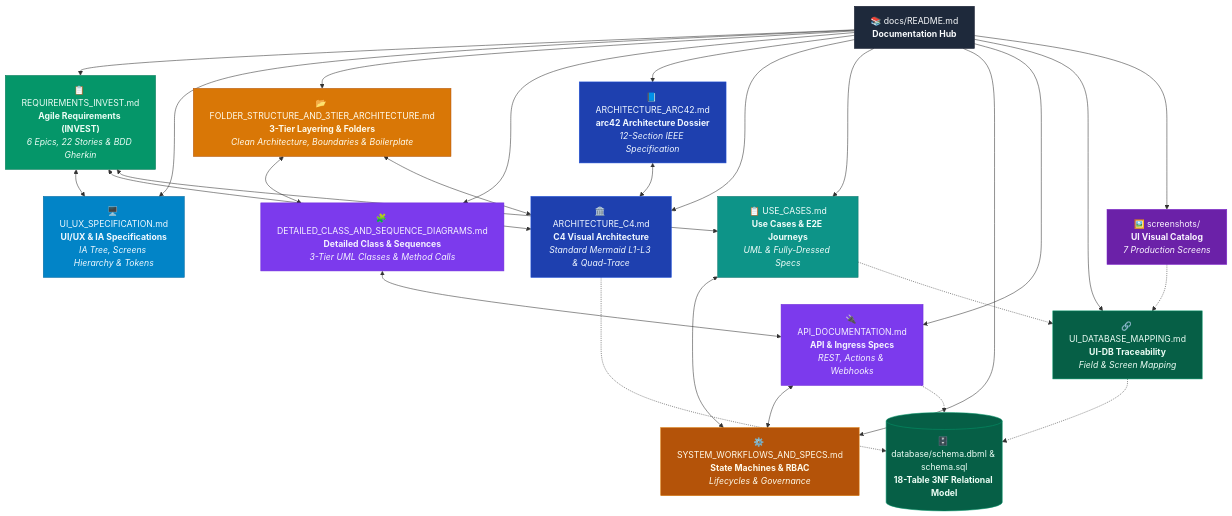
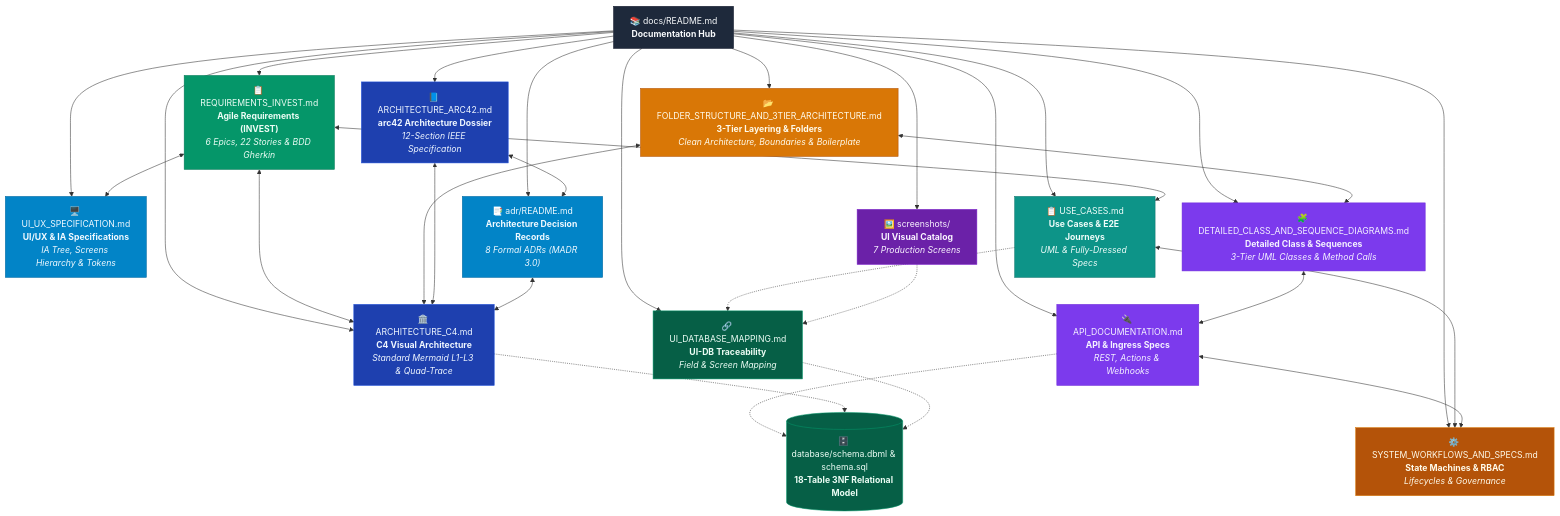
The diagram in docs/README.md (QuanAnh280605/NguyenAnhQuan-Household-Management), drawn with Mermaid before and after one commit. The commit also changed other lines of this file and 11 other files, not shown here.

Commit message:
docs: add project documentation, arc42 architecture guide, and architectural decision records (ADRs)

````diff
--- a/docs/README.md
+++ b/docs/README.md
@@ -5,58 +5,63 @@
 ```mermaid
 flowchart TD
     Hub["📚 docs/README.md<br/><b>Documentation Hub</b>"]
     
     Invest["📋 REQUIREMENTS_INVEST.md<br/><b>Agile Requirements (INVEST)</b><br/><i>6 Epics, 22 Stories & BDD Gherkin</i>"]
     UIUX["🖥️ UI_UX_SPECIFICATION.md<br/><b>UI/UX & IA Specifications</b><br/><i>IA Tree, Screens Hierarchy & Tokens</i>"]
     Folder["📂 FOLDER_STRUCTURE_AND_3TIER_ARCHITECTURE.md<br/><b>3-Tier Layering & Folders</b><br/><i>Clean Architecture, Boundaries & Boilerplate</i>"]
     UML["🧩 DETAILED_CLASS_AND_SEQUENCE_DIAGRAMS.md<br/><b>Detailed Class & Sequences</b><br/><i>3-Tier UML Classes & Method Calls</i>"]
     Arc42["📘 ARCHITECTURE_ARC42.md<br/><b>arc42 Architecture Dossier</b><br/><i>12-Section IEEE Specification</i>"]
     C4["🏛️ ARCHITECTURE_C4.md<br/><b>C4 Visual Architecture</b><br/><i>Standard Mermaid L1-L3 & Quad-Trace</i>"]
+    ADR["📑 adr/README.md<br/><b>Architecture Decision Records</b><br/><i>8 Formal ADRs (MADR 3.0)</i>"]
     UseCases["📋 USE_CASES.md<br/><b>Use Cases & E2E Journeys</b><br/><i>UML & Fully-Dressed Specs</i>"]
     Specs["⚙️ SYSTEM_WORKFLOWS_AND_SPECS.md<br/><b>State Machines & RBAC</b><br/><i>Lifecycles & Governance</i>"]
     Api["🔌 API_DOCUMENTATION.md<br/><b>API & Ingress Specs</b><br/><i>REST, Actions & Webhooks</i>"]
     Trace["🔗 UI_DATABASE_MAPPING.md<br/><b>UI-DB Traceability</b><br/><i>Field & Screen Mapping</i>"]
     Shots["🖼️ screenshots/<br/><b>UI Visual Catalog</b><br/><i>7 Production Screens</i>"]
     DB[("🗄️ database/schema.dbml & schema.sql<br/><b>18-Table 3NF Relational Model</b>")]
 
     Hub --> Invest
     Hub --> UIUX
     Hub --> Folder
     Hub --> UML
     Hub --> Arc42
     Hub --> C4
+    Hub --> ADR
     Hub --> UseCases
     Hub --> Specs
     Hub --> Api
     Hub --> Trace
     Hub --> Shots
 
     Invest <--> UIUX
     Invest <--> C4
     Invest <--> UseCases
     Folder <--> UML
     Folder <--> C4
     UML <--> Api
     Arc42 <--> C4
+    Arc42 <--> ADR
+    ADR <--> C4
     UseCases <--> Specs
     Api <--> Specs
     Api -.-> DB
     C4 -.-> DB
     Trace -.-> DB
     UseCases -.-> Trace
     Shots -.-> Trace
 
     style Hub fill:#1e293b,stroke:#0f172a,color:#f8fafc
     style Invest fill:#059669,stroke:#047857,color:#ecfdf5
     style UIUX fill:#0284c7,stroke:#0369a1,color:#f0f9ff
     style Folder fill:#d97706,stroke:#b45309,color:#fffbeb
     style UML fill:#7c3aed,stroke:#6d28d9,color:#f5f3ff
     style Arc42 fill:#1e40af,stroke:#1d4ed8,color:#eff6ff
     style C4 fill:#1e40af,stroke:#1d4ed8,color:#eff6ff
+    style ADR fill:#0284c7,stroke:#0369a1,color:#f0f9ff
     style UseCases fill:#0d9488,stroke:#0f766e,color:#f0fdfa
     style Specs fill:#b45309,stroke:#d97706,color:#fffbeb
     style Api fill:#7c3aed,stroke:#6d28d9,color:#f5f3ff
     style DB fill:#065f46,stroke:#059669,color:#ecfdf5
     style Trace fill:#065f46,stroke:#059669,color:#ecfdf5
     style Shots fill:#6b21a8,stroke:#7e22ce,color:#faf5ff
 ```
````
